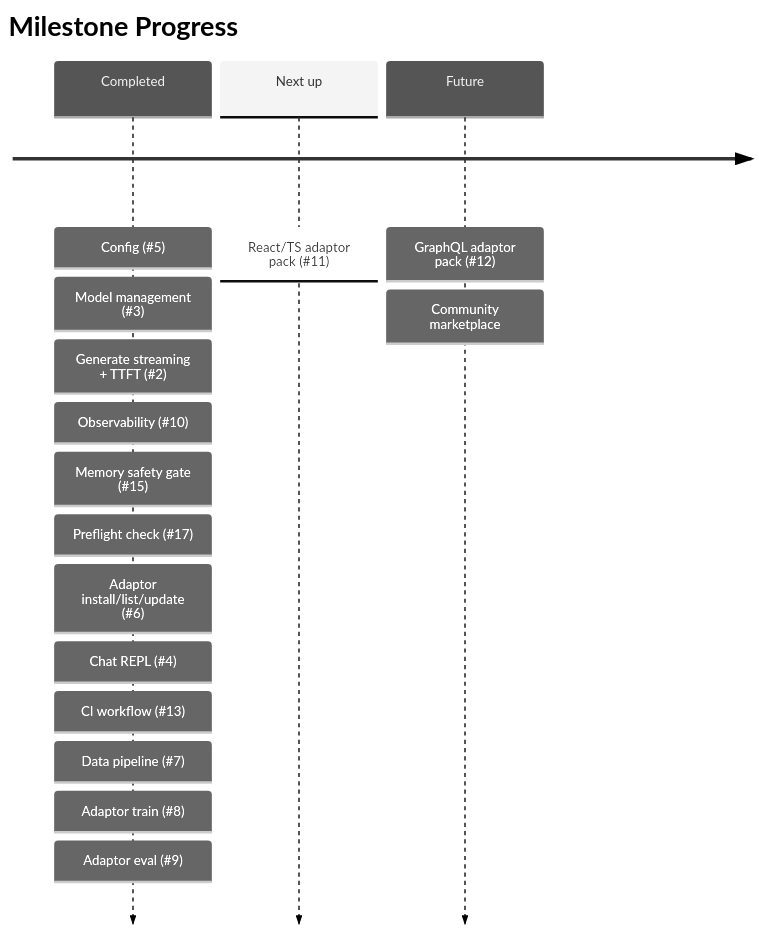
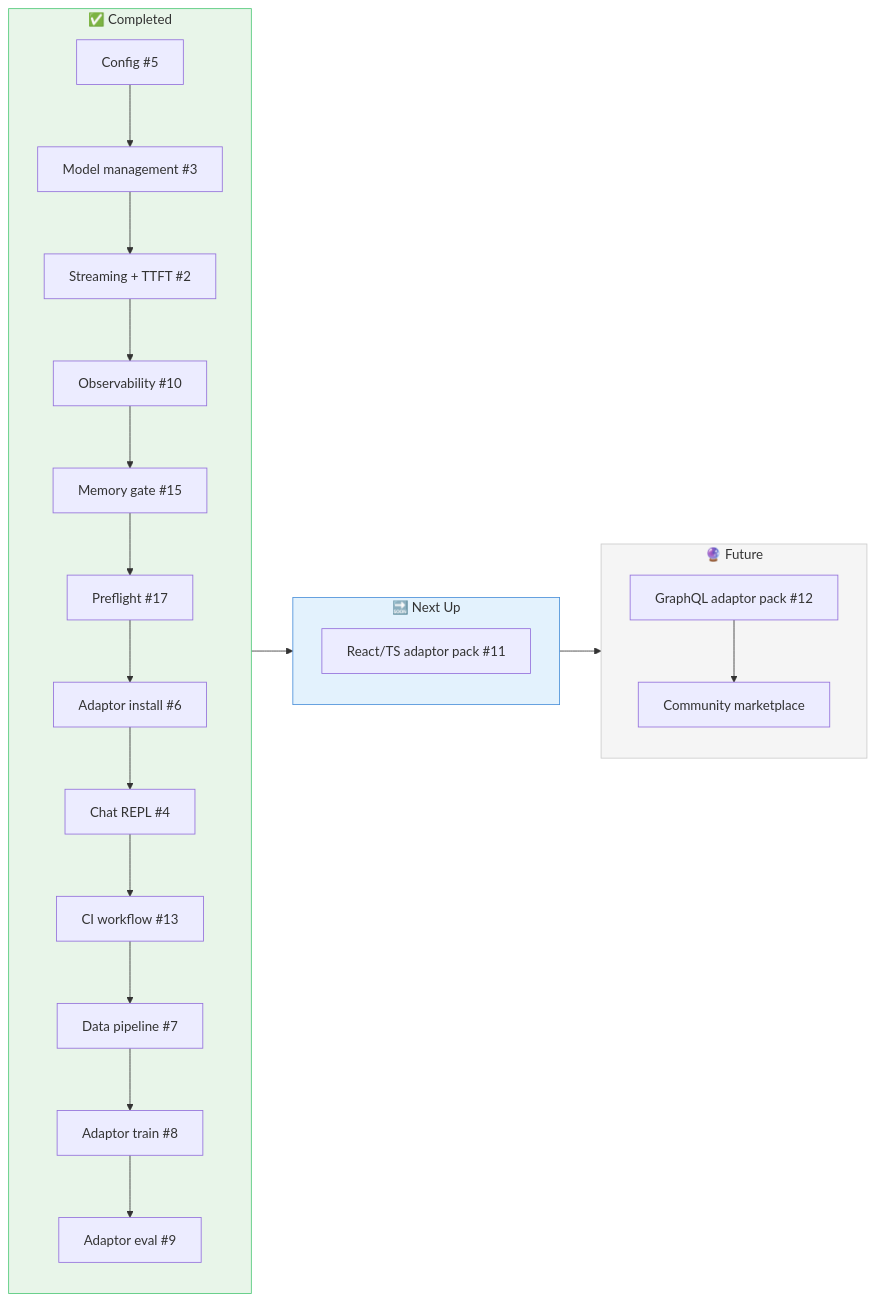
One commit to falese/coder changed the fourth of 4 diagrams in README.md. Above: the diagram before and after it, drawn with Mermaid.

Commit message:
fix: replace unsupported timeline Mermaid diagram with graph LR subgraphs
Agent-Logs-Url: https://github.com/falese/coder/sessions/270d86be-c76f-42ab-90aa-6607ba09c5d0

````diff
--- a/README.md
+++ b/README.md
@@ -432,20 +432,19 @@
 ```mermaid
-%%{init: {'theme': 'neutral'}}%%
-timeline
-    title Milestone Progress
-    Completed : Config (#5)
-              : Model management (#3)
-              : Generate streaming + TTFT (#2)
-              : Observability (#10)
-              : Memory safety gate (#15)
-              : Preflight check (#17)
-              : Adaptor install/list/update (#6)
-              : Chat REPL (#4)
-              : CI workflow (#13)
-              : Data pipeline (#7)
-              : Adaptor train (#8)
-              : Adaptor eval (#9)
-    Next up   : React/TS adaptor pack (#11)
-    Future    : GraphQL adaptor pack (#12)
-              : Community marketplace
+graph LR
+    subgraph Completed["✅ Completed"]
+        c1["Config #5"] --> c2["Model management #3"] --> c3["Streaming + TTFT #2"] --> c4["Observability #10"] --> c5["Memory gate #15"]
+        c5 --> c6["Preflight #17"] --> c7["Adaptor install #6"] --> c8["Chat REPL #4"] --> c9["CI workflow #13"]
+        c9 --> c10["Data pipeline #7"] --> c11["Adaptor train #8"] --> c12["Adaptor eval #9"]
+    end
+    subgraph NextUp["🔜 Next Up"]
+        n1["React/TS adaptor pack #11"]
+    end
+    subgraph Future["🔮 Future"]
+        f1["GraphQL adaptor pack #12"] --> f2["Community marketplace"]
+    end
+    Completed --> NextUp --> Future
+
+    style Completed fill:#E8F5E9,stroke:#50C878,color:#333
+    style NextUp fill:#E3F2FD,stroke:#4A90D9,color:#333
+    style Future fill:#F5F5F5,stroke:#CCC,color:#333
 ```
````
